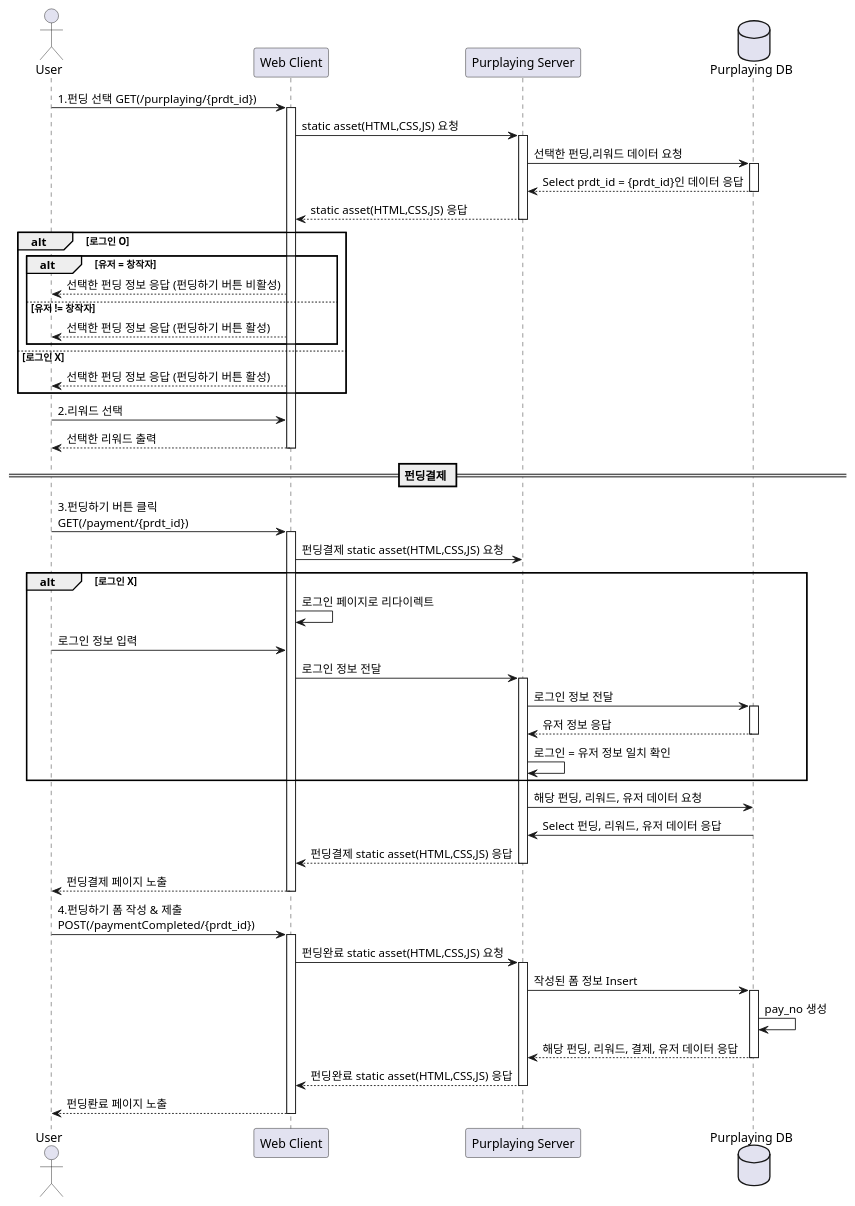
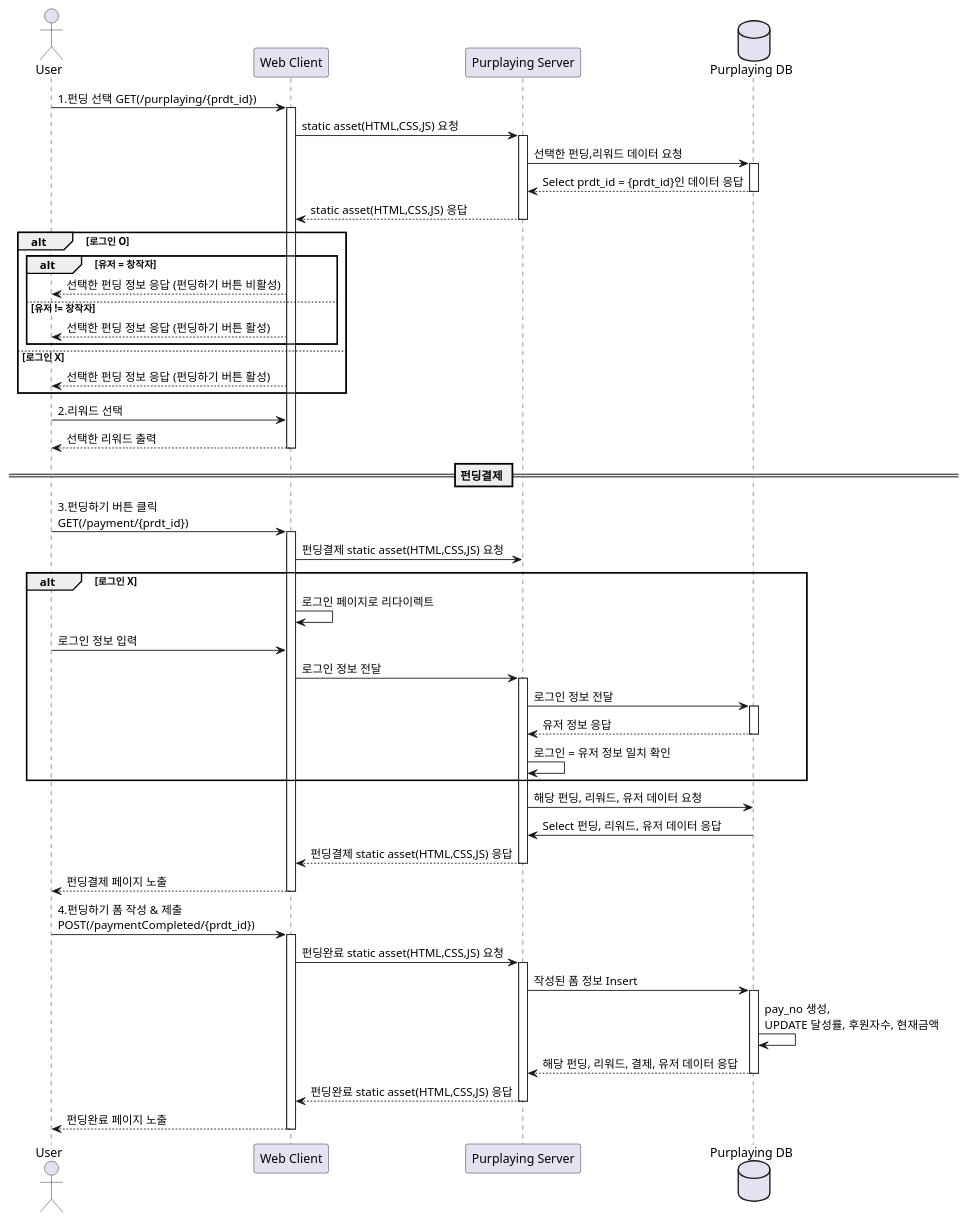
One commit to Purplaying-Main/Purplaying changed the diagram in 개발산출물/시퀀스/Payment_sequence_daigram.plantuml. Above: the diagram before and after it, drawn with PlantUML. The commit also changed 1 other file, not shown here.

```diff
--- a/개발산출물/시퀀스/Payment_sequence_daigram.plantuml
+++ b/개발산출물/시퀀스/Payment_sequence_daigram.plantuml
@@ -1,67 +1,67 @@
 @startuml
 actor User
 participant "Web Client" as C
 participant "Purplaying Server" as S
 database "Purplaying DB" as D
 
 User -> C : 1.펀딩 선택 GET(/purplaying/{prdt_id})
 activate C
 C -> S : static asset(HTML,CSS,JS) 요청
 activate S
 S -> D : 선택한 펀딩,리워드 데이터 요청
 activate D
 D --> S : Select prdt_id = {prdt_id}인 데이터 응답
 deactivate D
 S --> C : static asset(HTML,CSS,JS) 응답
 deactivate S
 alt 로그인 O
     alt 유저 = 창작자
         C --> User : 선택한 펀딩 정보 응답 (펀딩하기 버튼 비활성)
     else 유저 != 창작자
         C --> User : 선택한 펀딩 정보 응답 (펀딩하기 버튼 활성)
     end
 else 로그인 X
 C --> User : 선택한 펀딩 정보 응답 (펀딩하기 버튼 활성)
 end
 User -> C : 2.리워드 선택
 C --> User : 선택한 리워드 출력
 deactivate C
 
 == 펀딩결제 ==
 User -> C : 3.펀딩하기 버튼 클릭\nGET(/payment/{prdt_id}) 
 activate C
 C -> S : 펀딩결제 static asset(HTML,CSS,JS) 요청
 alt 로그인 X
 C -> C : 로그인 페이지로 리다이렉트
 User -> C : 로그인 정보 입력
 C -> S : 로그인 정보 전달
 activate S
 S -> D : 로그인 정보 전달
 activate D
 D --> S : 유저 정보 응답
 deactivate D
 S -> S : 로그인 = 유저 정보 일치 확인
 end
 S -> D : 해당 펀딩, 리워드, 유저 데이터 요청
 D -> S : Select 펀딩, 리워드, 유저 데이터 응답
 deactivate D
 S --> C :  펀딩결제 static asset(HTML,CSS,JS) 응답
 deactivate S
 C --> User : 펀딩결제 페이지 노출
 deactivate C
 
 User -> C : 4.펀딩하기 폼 작성 & 제출\nPOST(/paymentCompleted/{prdt_id})
 activate C
 C -> S : 펀딩완료 static asset(HTML,CSS,JS) 요청
 activate S
 S -> D : 작성된 폼 정보 Insert
 activate D
-D -> D : pay_no 생성
+D -> D : pay_no 생성,\nUPDATE 달성률, 후원자수, 현재금액
 D --> S : 해당 펀딩, 리워드, 결제, 유저 데이터 응답
 deactivate D
 S --> C : 펀딩완료 static asset(HTML,CSS,JS) 응답
 deactivate S
-C --> User : 펀딩롼료 페이지 노출
+C --> User : 펀딩완료 페이지 노출
 deactivate C
 
 @enduml
```
